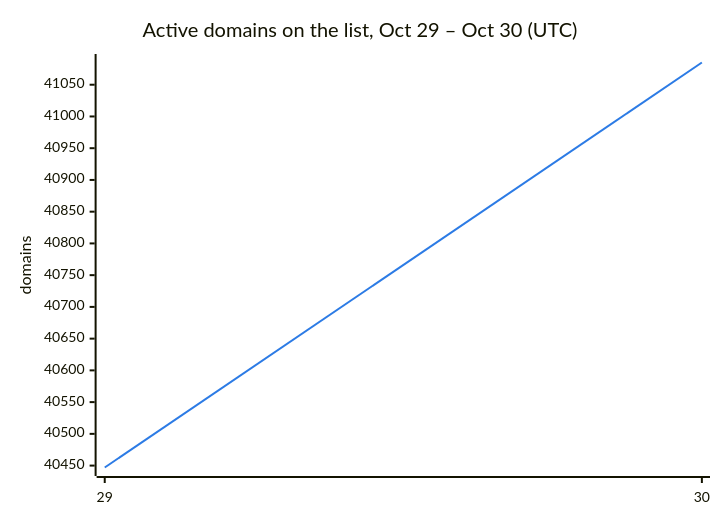
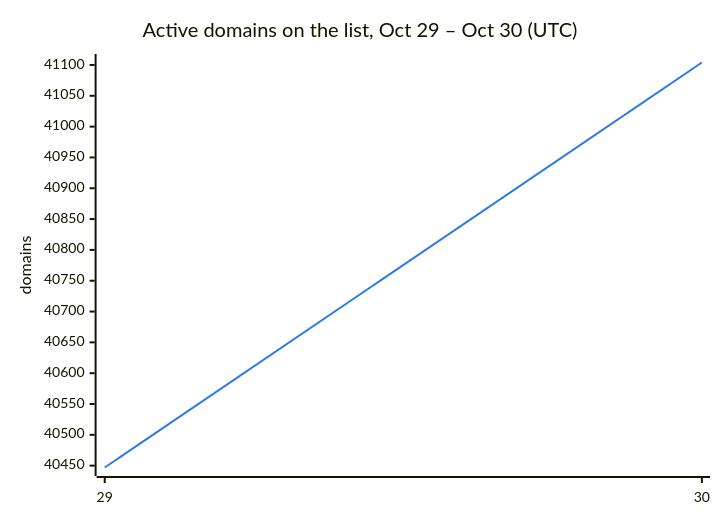
One commit to DNSBunker/CTI changed the second of 3 diagrams in README.md. Above: the diagram before and after it, drawn with Mermaid. The commit also changed other lines of this file and 3 other files, not shown here.

````diff
--- a/README.md
+++ b/README.md
@@ -38,8 +38,8 @@
 ```mermaid
 %%{init: {"themeVariables": {"xyChart": {"plotColorPalette": "#2c7be5"}}}}%%
 xychart-beta
     title "Active domains on the list, Oct 29 – Oct 30 (UTC)"
     x-axis ["29", "30"]
     y-axis "domains"
-    line [40447, 41085]
+    line [40447, 41104]
 ```
````
